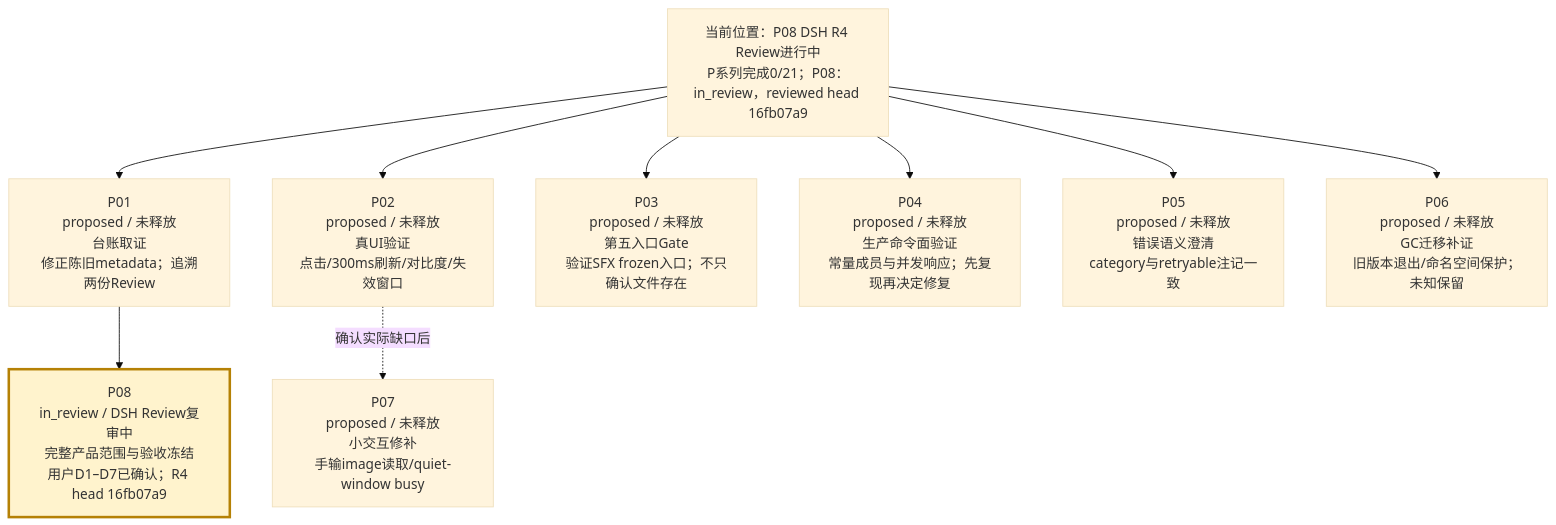
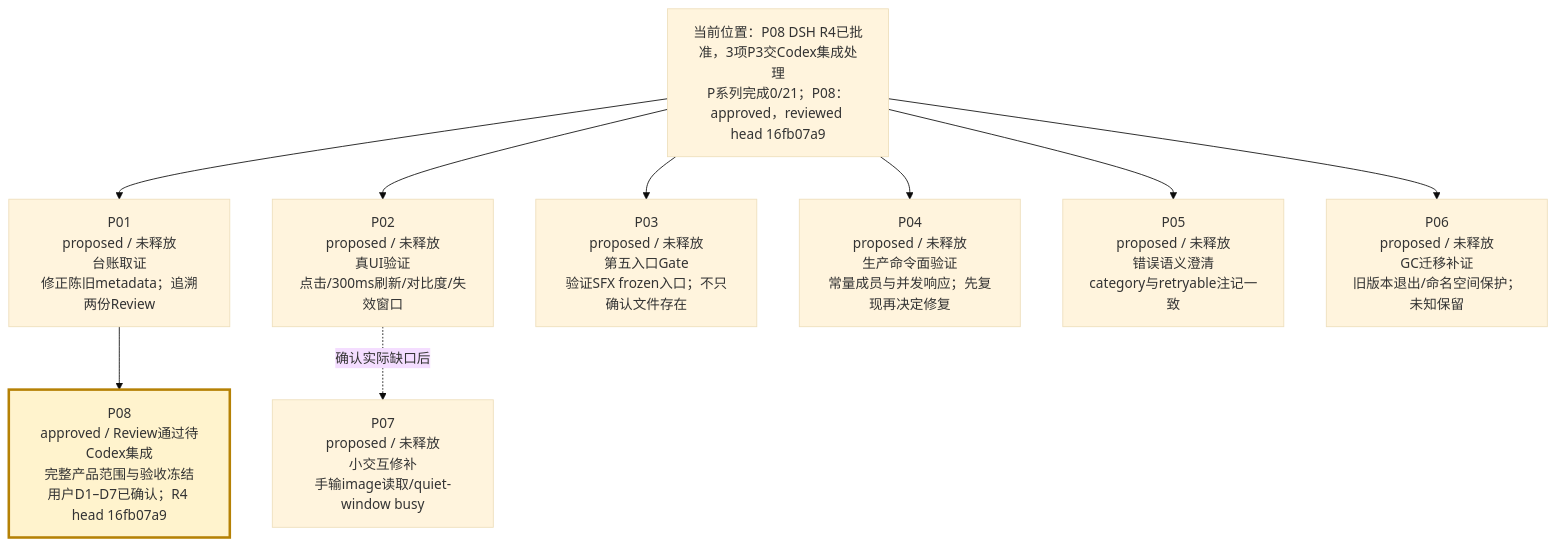
One commit to peakwheat-pixel/New-Manga changed the second of 4 diagrams in verification/PROJECT-ROADMAP-20261008/ROADMAP.md. Above: the diagram before and after it, drawn with Mermaid (base theme). The commit also changed other lines of this file and 12 other files, not shown here.

Commit message:
docs(P08): archive approved R4 review

````diff
--- a/verification/PROJECT-ROADMAP-20261008/ROADMAP.md
+++ b/verification/PROJECT-ROADMAP-20261008/ROADMAP.md
@@ -30,12 +30,12 @@
 ```mermaid
 flowchart TB
-  BASE["当前位置：P08 DSH R4 Review进行中<br/>P系列完成0/21；P08：in_review，reviewed head 16fb07a9"] --> P01["P01<br/>proposed / 未释放<br/>台账取证<br/>修正陈旧metadata；追溯两份Review"]
+  BASE["当前位置：P08 DSH R4已批准，3项P3交Codex集成处理<br/>P系列完成0/21；P08：approved，reviewed head 16fb07a9"] --> P01["P01<br/>proposed / 未释放<br/>台账取证<br/>修正陈旧metadata；追溯两份Review"]
   BASE --> P02["P02<br/>proposed / 未释放<br/>真UI验证<br/>点击/300ms刷新/对比度/失效窗口"]
   BASE --> P03["P03<br/>proposed / 未释放<br/>第五入口Gate<br/>验证SFX frozen入口；不只确认文件存在"]
   BASE --> P04["P04<br/>proposed / 未释放<br/>生产命令面验证<br/>常量成员与并发响应；先复现再决定修复"]
   BASE --> P05["P05<br/>proposed / 未释放<br/>错误语义澄清<br/>category与retryable注记一致"]
   BASE --> P06["P06<br/>proposed / 未释放<br/>GC迁移补证<br/>旧版本退出/命名空间保护；未知保留"]
   P02 -. "确认实际缺口后" .-> P07["P07<br/>proposed / 未释放<br/>小交互修补<br/>手输image读取/quiet-window busy"]
-  P01 --> P08["P08<br/>in_review / DSH Review复审中<br/>完整产品范围与验收冻结<br/>用户D1–D7已确认；R4 head 16fb07a9"]
+  P01 --> P08["P08<br/>approved / Review通过待Codex集成<br/>完整产品范围与验收冻结<br/>用户D1–D7已确认；R4 head 16fb07a9"]
   style P08 fill:#fff3cd,stroke:#b58105,stroke-width:3px
 ```
````
